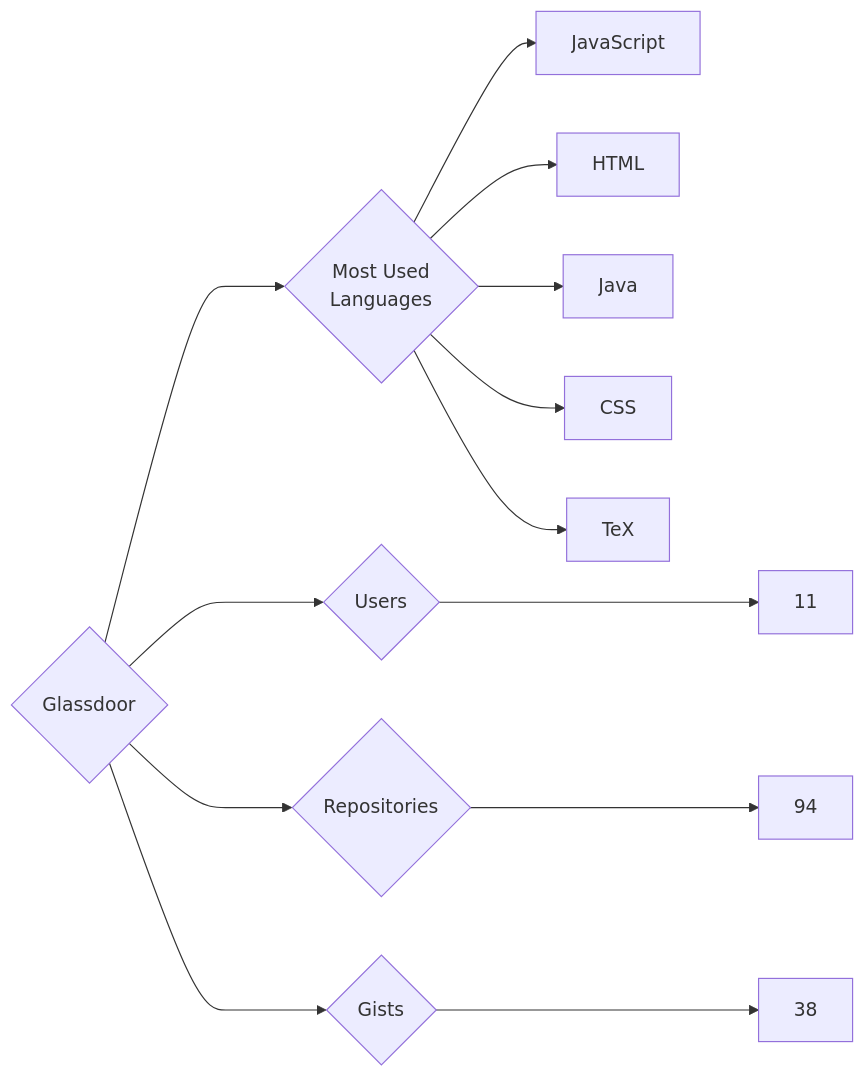
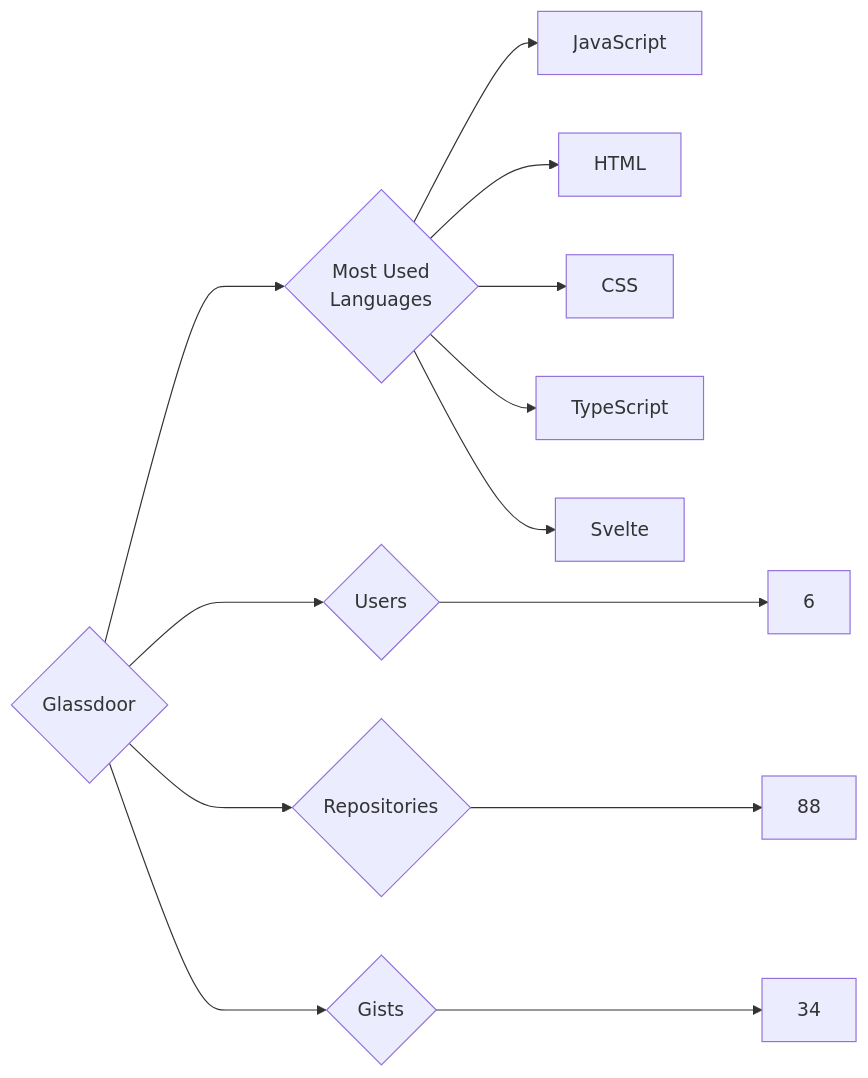
One commit to trickest/insiders changed the diagram in targets/Glassdoor/README.md. Above: the diagram before and after it, drawn with Mermaid. The commit also changed 873 other files, not shown here.

````diff
--- a/targets/Glassdoor/README.md
+++ b/targets/Glassdoor/README.md
@@ -3,13 +3,13 @@
 ```mermaid
 graph LR
 COMPANY_NAME{Glassdoor}
-COMPANY_NAME ---> U{Users} ---> UN[11]
-COMPANY_NAME ---> R{Repositories} ---> RN[94]
-COMPANY_NAME ---> G{Gists} ---> GN[38]
+COMPANY_NAME ---> U{Users} ---> UN[6]
+COMPANY_NAME ---> R{Repositories} ---> RN[88]
+COMPANY_NAME ---> G{Gists} ---> GN[34]
 COMPANY_NAME ---> ML{Most Used<br>Languages}
 ML --> JavaScript[JavaScript]
 ML --> HTML[HTML]
-ML --> Java[Java]
 ML --> CSS[CSS]
-ML --> TeX[TeX]
+ML --> TypeScript[TypeScript]
+ML --> Svelte[Svelte]
 ```
````
